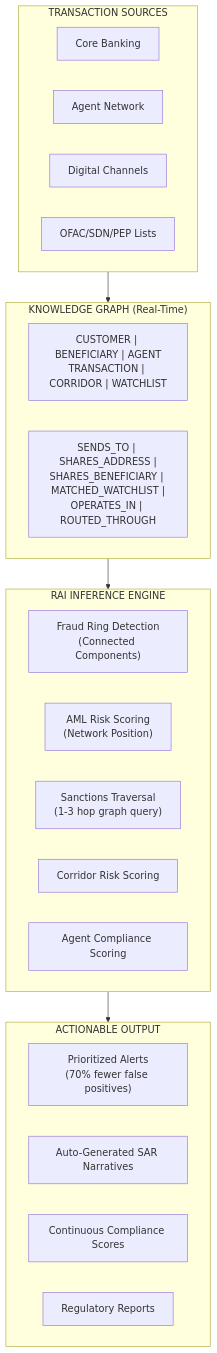
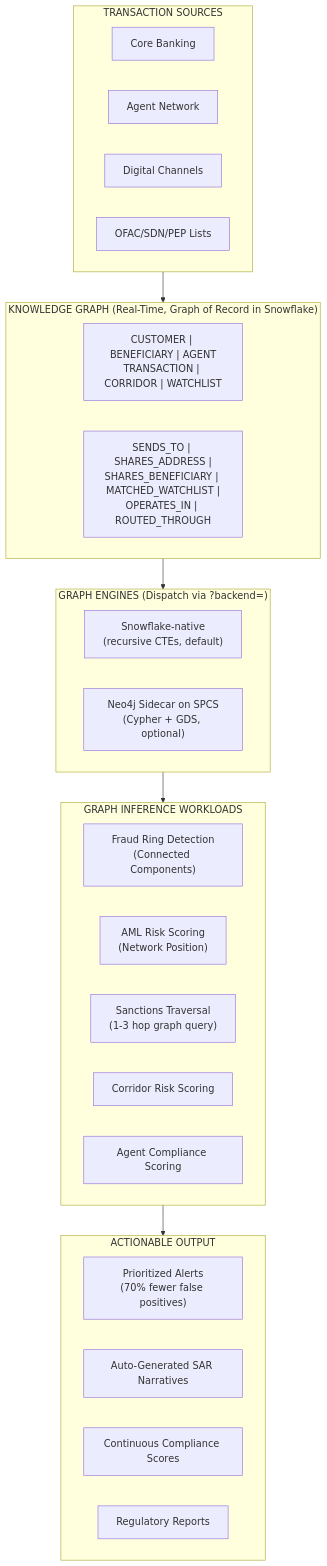
Before and after one commit to sfc-gh-smitchener-1/snowflake-dca-fullstack-demo: the second of 3 diagrams in industry-demos/fintech/ARCHITECTURE_STRATEGY.md, drawn with Mermaid. The commit also changed other lines of this file and 5 other files, not shown here.

````diff
--- a/industry-demos/fintech/ARCHITECTURE_STRATEGY.md
+++ b/industry-demos/fintech/ARCHITECTURE_STRATEGY.md
@@ -36,27 +36,31 @@
 ```mermaid
 flowchart TB
     subgraph SOURCES["TRANSACTION SOURCES"]
         CORE["Core Banking"]
         AGENTS["Agent Network"]
         DIGITAL["Digital Channels"]
         WATCHLISTS["OFAC/SDN/PEP Lists"]
     end
-    subgraph GRAPH["KNOWLEDGE GRAPH (Real-Time)"]
+    subgraph GRAPH["KNOWLEDGE GRAPH (Real-Time, Graph of Record in Snowflake)"]
         NODES["CUSTOMER | BENEFICIARY | AGENT\nTRANSACTION | CORRIDOR | WATCHLIST"]
         EDGES["SENDS_TO | SHARES_ADDRESS |\nSHARES_BENEFICIARY | MATCHED_WATCHLIST |\nOPERATES_IN | ROUTED_THROUGH"]
     end
-    subgraph RAI["RAI INFERENCE ENGINE"]
+    subgraph ENGINES["GRAPH ENGINES (Dispatch via ?backend=)"]
+        SF_ENG["Snowflake-native\n(recursive CTEs, default)"]
+        NEO_ENG["Neo4j Sidecar on SPCS\n(Cypher + GDS, optional)"]
+    end
+    subgraph INF["GRAPH INFERENCE WORKLOADS"]
         FRAUD_RING["Fraud Ring Detection\n(Connected Components)"]
         AML_SCORE["AML Risk Scoring\n(Network Position)"]
         SANC_TRAV["Sanctions Traversal\n(1-3 hop graph query)"]
         CORRIDOR["Corridor Risk Scoring"]
         AGENT_COMP["Agent Compliance Scoring"]
     end
     subgraph OUTPUT["ACTIONABLE OUTPUT"]
         ALERTS["Prioritized Alerts\n(70% fewer false positives)"]
         SARS["Auto-Generated SAR Narratives"]
         SCORES["Continuous Compliance Scores"]
         REPORT["Regulatory Reports"]
     end
-    SOURCES --> GRAPH --> RAI --> OUTPUT
+    SOURCES --> GRAPH --> ENGINES --> INF --> OUTPUT
 ```
````
